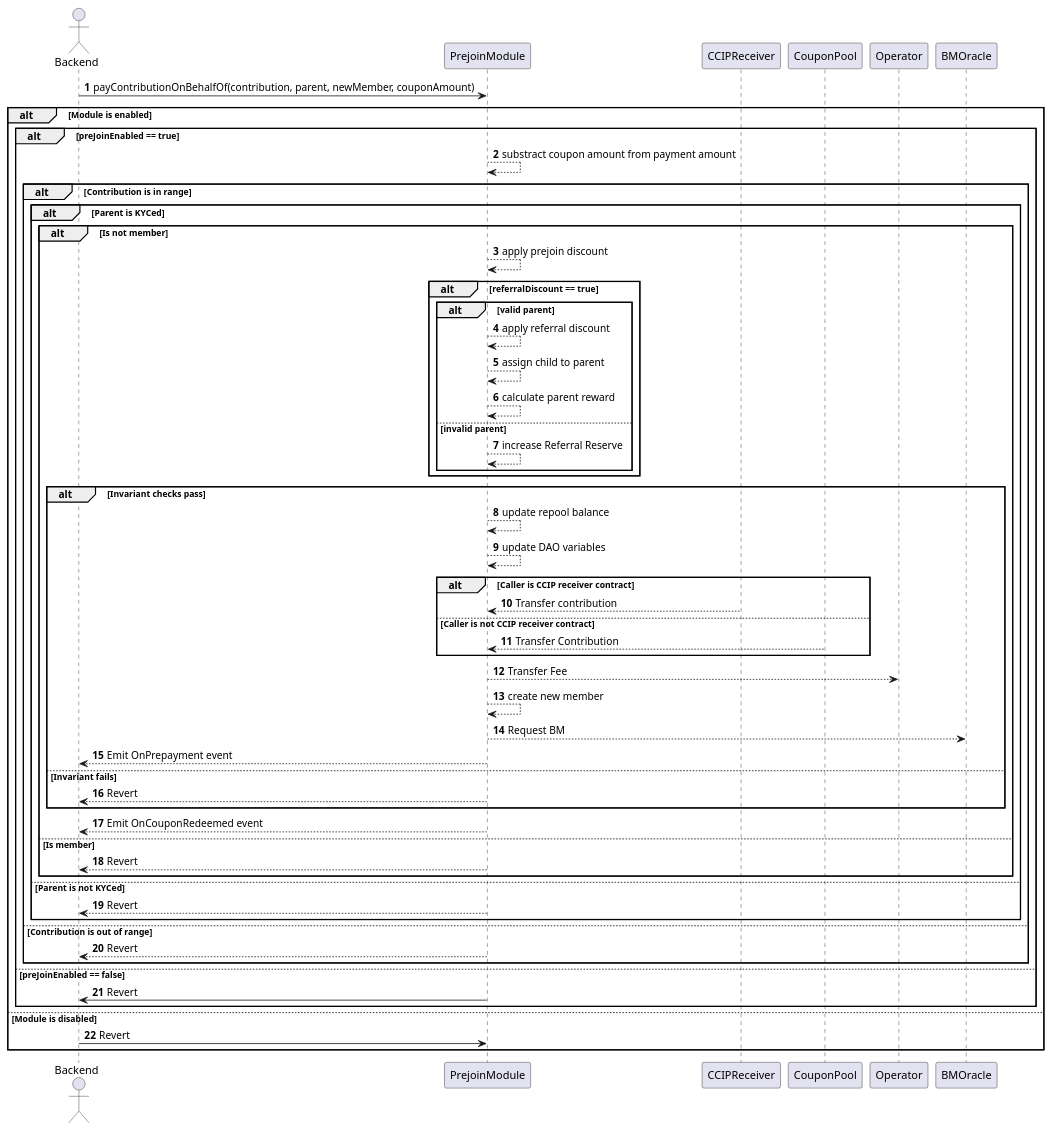
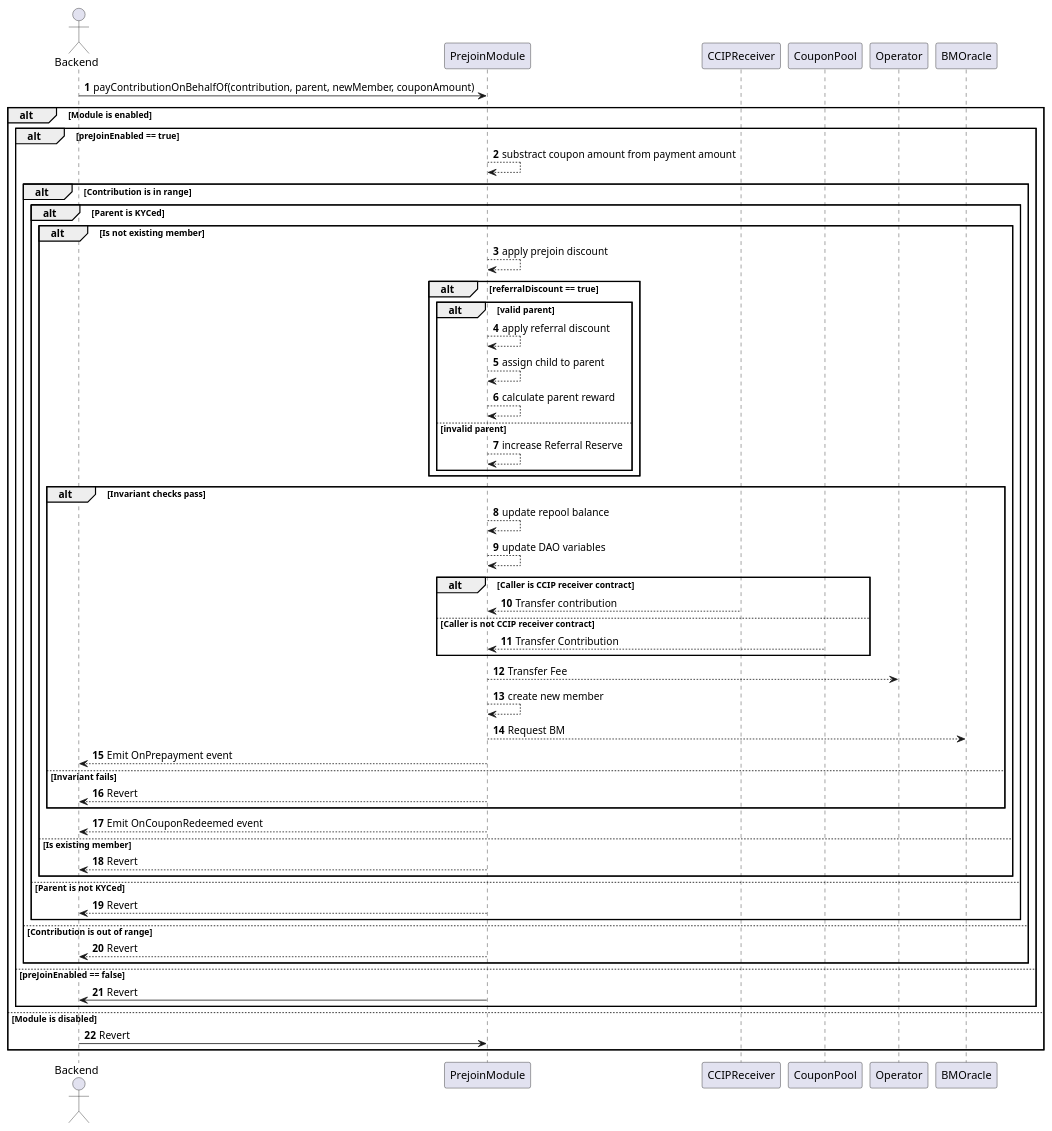
Before and after one commit to TakafulDAO/takasure.sc: the diagram in docs/sequence_diagrams/PrejoinModule/03-payments-coupon.puml, drawn with PlantUML.

Commit message:
chore: rename condition

```diff
--- a/docs/sequence_diagrams/PrejoinModule/03-payments-coupon.puml
+++ b/docs/sequence_diagrams/PrejoinModule/03-payments-coupon.puml
@@ -1,68 +1,68 @@
 @startuml Payments with coupons
 autonumber
 
 actor Backend
 
 Backend -> PrejoinModule: payContributionOnBehalfOf(contribution, parent, newMember, couponAmount)
 
 alt Module is enabled
     alt preJoinEnabled == true
         PrejoinModule --> PrejoinModule: substract coupon amount from payment amount
         alt Contribution is in range
             alt Parent is KYCed
-                alt Is not member
+                alt Is not existing member
 
                     PrejoinModule --> PrejoinModule: apply prejoin discount
 
                     alt referralDiscount == true                
                         alt valid parent
                             PrejoinModule --> PrejoinModule: apply referral discount
                             PrejoinModule --> PrejoinModule: assign child to parent
                             PrejoinModule --> PrejoinModule: calculate parent reward
                         else invalid parent
                             PrejoinModule --> PrejoinModule: increase Referral Reserve
                         end
                     end
 
                     alt Invariant checks pass
                         PrejoinModule --> PrejoinModule: update repool balance
                         PrejoinModule --> PrejoinModule: update DAO variables
 
                         alt Caller is CCIP receiver contract
                             CCIPReceiver --> PrejoinModule: Transfer contribution
                         else Caller is not CCIP receiver contract
                             CouponPool --> PrejoinModule: Transfer Contribution
                         end
 
                         PrejoinModule --> Operator: Transfer Fee
                         PrejoinModule --> PrejoinModule: create new member
                         PrejoinModule --> BMOracle: Request BM
                         PrejoinModule --> Backend: Emit OnPrepayment event
 
                     else Invariant fails
                         PrejoinModule --> Backend: Revert
                     end
 
                     PrejoinModule --> Backend: Emit OnCouponRedeemed event
 
-                else Is member
+                else Is existing member
                     PrejoinModule --> Backend: Revert
                 end
 
             else Parent is not KYCed
                 PrejoinModule --> Backend: Revert
             end
 
         else Contribution is out of range
             PrejoinModule --> Backend: Revert
         end
 
     else preJoinEnabled == false
         PrejoinModule -> Backend: Revert
     end
 
 else Module is disabled
     Backend -> PrejoinModule: Revert
 end
 
 @enduml    
```
